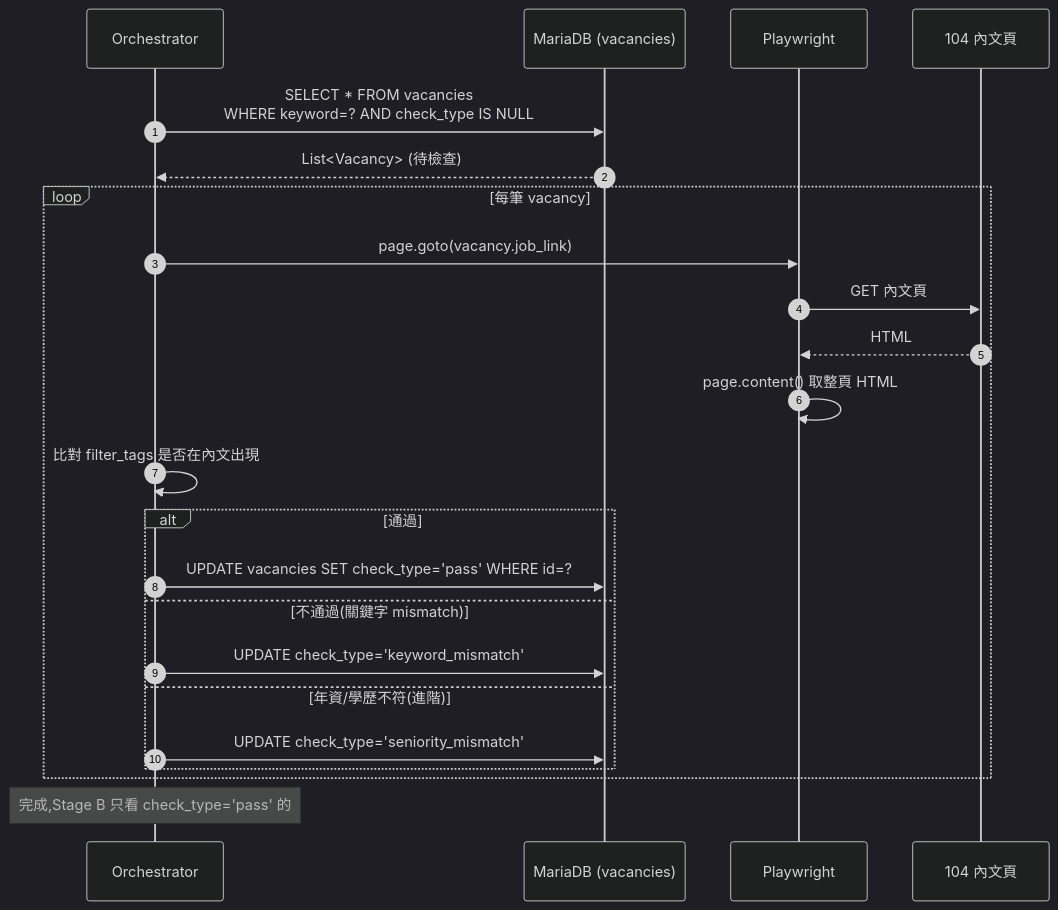
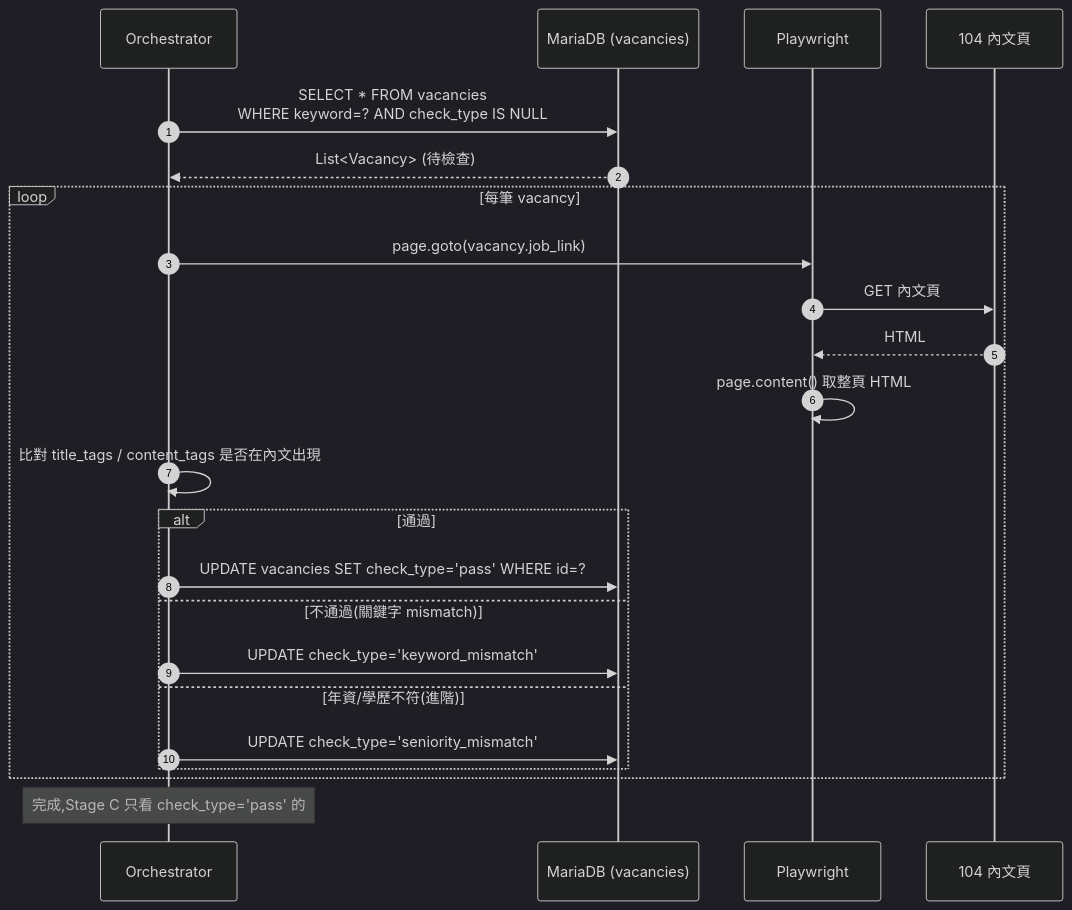
The second of 5 diagrams in docs/sequence-diagrams.md (jacky0996/job_digger), drawn with Mermaid (dark theme) before and after one commit. The commit also changed other lines of this file and 16 other files, not shown here.

````diff
--- a/docs/sequence-diagrams.md
+++ b/docs/sequence-diagrams.md
@@ -85,29 +85,29 @@
 ```mermaid
 sequenceDiagram
     autonumber
     participant Orch as Orchestrator
     participant DB as MariaDB (vacancies)
     participant Pw as Playwright
     participant Site as 104 內文頁
 
     Orch->>DB: SELECT * FROM vacancies<br/>WHERE keyword=? AND check_type IS NULL
     DB-->>Orch: List<Vacancy> (待檢查)
 
     loop 每筆 vacancy
         Orch->>Pw: page.goto(vacancy.job_link)
         Pw->>Site: GET 內文頁
         Site-->>Pw: HTML
         Pw->>Pw: page.content() 取整頁 HTML
-        Orch->>Orch: 比對 filter_tags 是否在內文出現
+        Orch->>Orch: 比對 title_tags / content_tags 是否在內文出現
 
         alt 通過
             Orch->>DB: UPDATE vacancies SET check_type='pass' WHERE id=?
         else 不通過(關鍵字 mismatch)
             Orch->>DB: UPDATE check_type='keyword_mismatch'
         else 年資/學歷不符(進階)
             Orch->>DB: UPDATE check_type='seniority_mismatch'
         end
     end
 
-    Note over Orch: 完成,Stage B 只看 check_type='pass' 的
+    Note over Orch: 完成,Stage C 只看 check_type='pass' 的
 ```
````
